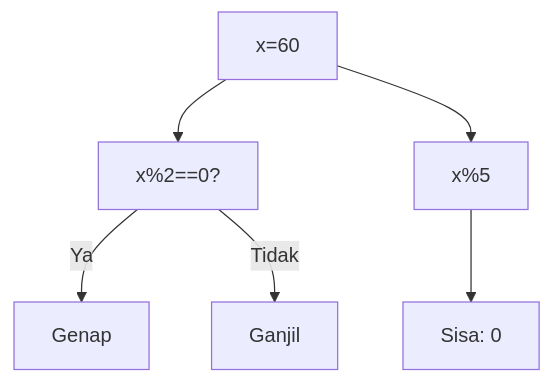
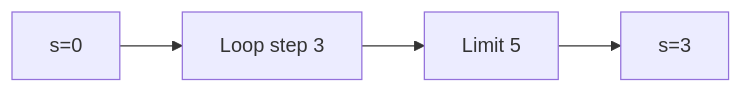
One commit to amnahwaida/OSNK_INF_PREP changed the second of 25 diagrams in part-c-pemahaman-cpp/03-perulangan/latihan/set-01.md. Above: the diagram before and after it, drawn with Mermaid. The commit also changed other lines of this file and 71 other files, not shown here.

````diff
--- a/part-c-pemahaman-cpp/03-perulangan/latihan/set-01.md
+++ b/part-c-pemahaman-cpp/03-perulangan/latihan/set-01.md
@@ -91,8 +48,6 @@
 ```mermaid
-graph TD
-A["x=60"] --> B["x%2==0?"]
-B -- Ya --> C["Genap"]
-B -- Tidak --> D["Ganjil"]
-A --> E["x%5"]
-E --> F["Sisa: 0"]
+graph LR
+A["s=0"] --> B["Loop step 3"]
+B --> C["Limit 5"]
+C --> D["s=3"]
 ```
````
